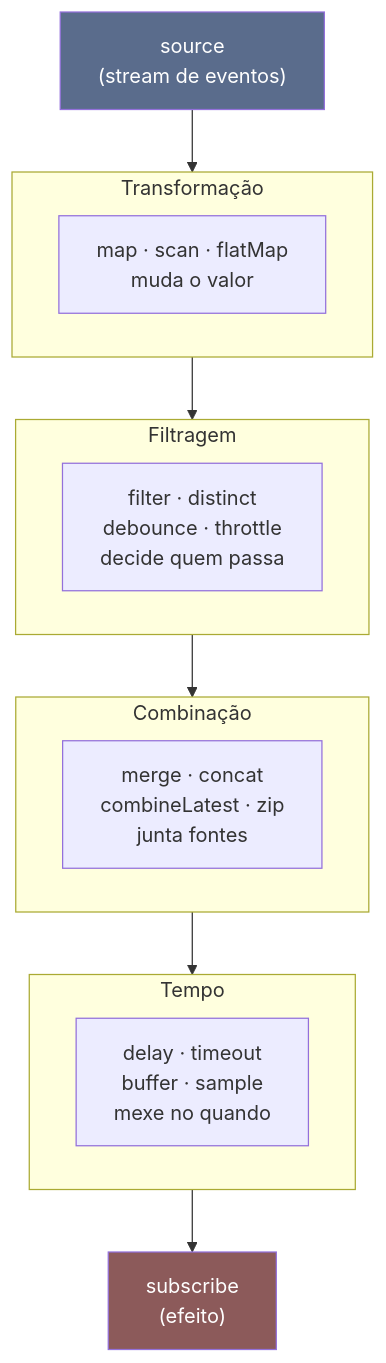
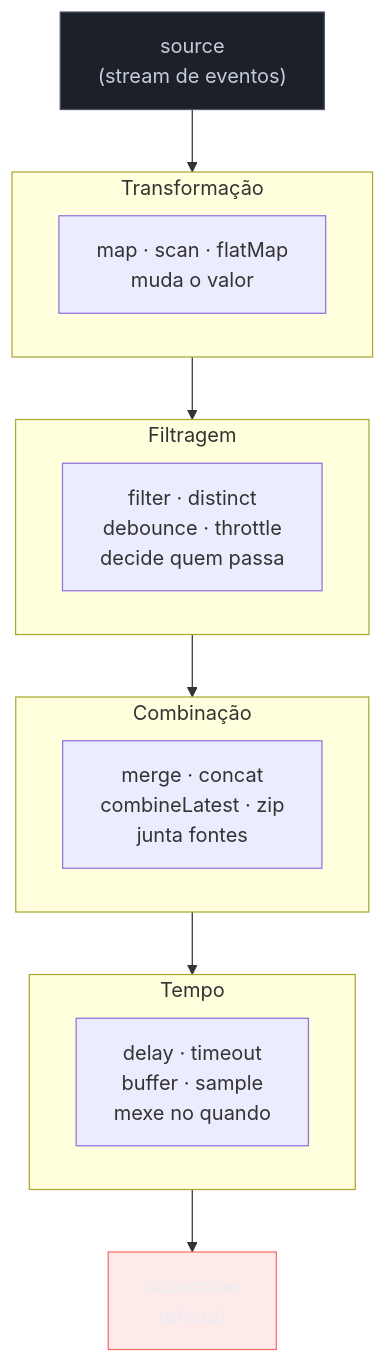
The third of 7 diagrams in 03-Dominios/Ciência/Paradigmas/12 - Programação reativa e dataflow.md (josenaldo/codex-technomanticus), drawn with Mermaid before and after one commit. The commit also changed other lines of this file and 1181 other files, not shown here.

First line of the commit message:
fix(diagramas): paleta do sistema no lugar de cor cravada no markdown

````diff
--- a/03-Dominios/Ciência/Paradigmas/12 - Programação reativa e dataflow.md
+++ b/03-Dominios/Ciência/Paradigmas/12 - Programação reativa e dataflow.md
@@ -109,18 +113,20 @@
 ```mermaid
 flowchart TB
+    classDef neutro fill:#1B2029,stroke:#4E5666,color:#C6CCD8
+    classDef falha fill:#FF6B6B24,stroke:#FF6B6B,color:#E9ECF2
     subgraph TR["Transformação"]
         T["map · scan · flatMap<br/>muda o valor"]
     end
     subgraph FI["Filtragem"]
         F["filter · distinct<br/>debounce · throttle<br/>decide quem passa"]
     end
     subgraph CO["Combinação"]
         C["merge · concat<br/>combineLatest · zip<br/>junta fontes"]
     end
     subgraph TE["Tempo"]
         TM["delay · timeout<br/>buffer · sample<br/>mexe no quando"]
     end
     SRC["source<br/>(stream de eventos)"] --> TR --> FI --> CO --> TE --> OUT["subscribe<br/>(efeito)"]
-    style SRC fill:#5a6c8c,color:#fff
-    style OUT fill:#8c5a5a,color:#fff
+    class SRC neutro
+    class OUT falha
 ```
````
